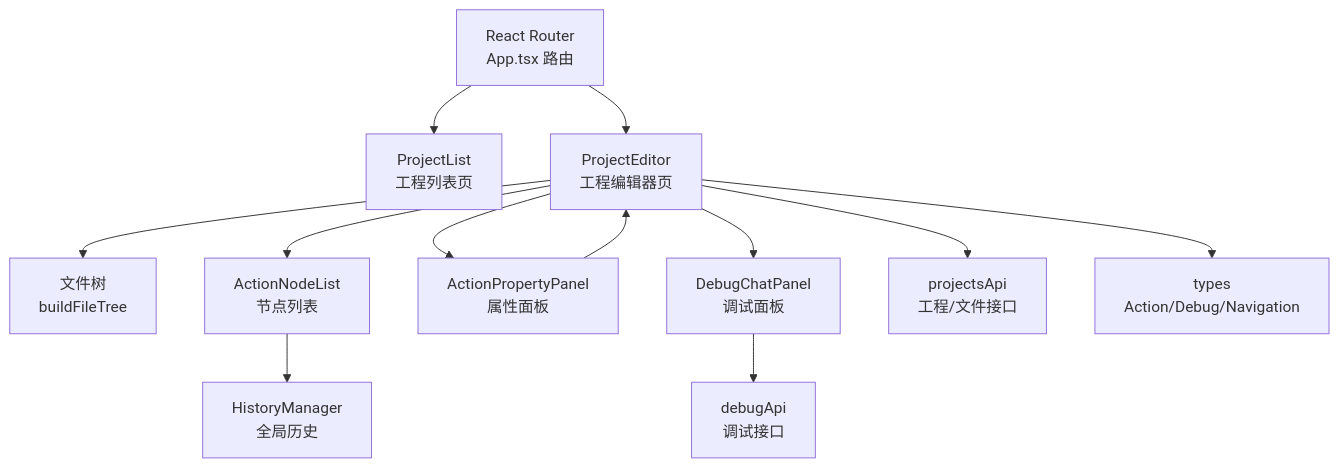
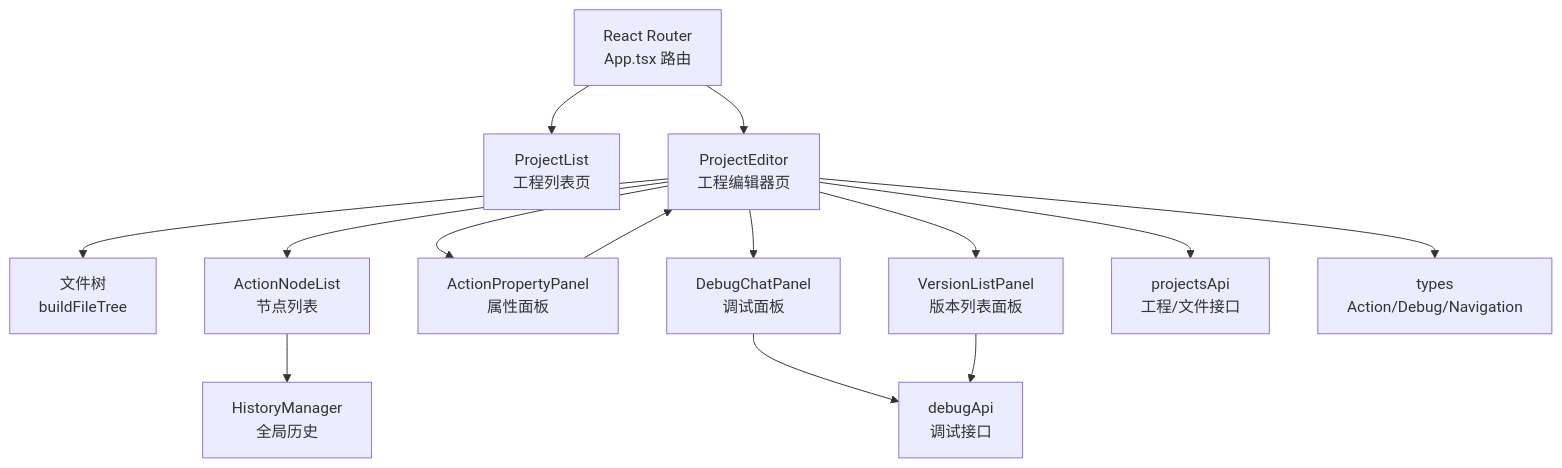
Before and after one commit to EverettCamus/HeartRule-Qoder: the second of 10 diagrams in .qoder/repowiki/zh/content/脚本编辑器/脚本编辑器.md, drawn with Mermaid. The commit also changed other lines of this file and 40 other files, not shown here.

````diff
--- a/.qoder/repowiki/zh/content/脚本编辑器/脚本编辑器.md
+++ b/.qoder/repowiki/zh/content/脚本编辑器/脚本编辑器.md
@@ -109,14 +124,16 @@
 ```mermaid
 graph TB
 R["React Router<br/>App.tsx 路由"] --> PL["ProjectList<br/>工程列表页"]
 R --> PE["ProjectEditor<br/>工程编辑器页"]
 PE --> FT["文件树<br/>buildFileTree"]
 PE --> AE["ActionNodeList<br/>节点列表"]
 PE --> AP["ActionPropertyPanel<br/>属性面板"]
 PE --> DC["DebugChatPanel<br/>调试面板"]
+PE --> VP["VersionListPanel<br/>版本列表面板"]
 AE --> HM["HistoryManager<br/>全局历史"]
 AP --> PE
 DC --> API["debugApi<br/>调试接口"]
+VP --> API
 PE --> PAPI["projectsApi<br/>工程/文件接口"]
 PE --> T["types<br/>Action/Debug/Navigation"]
 ```
````
